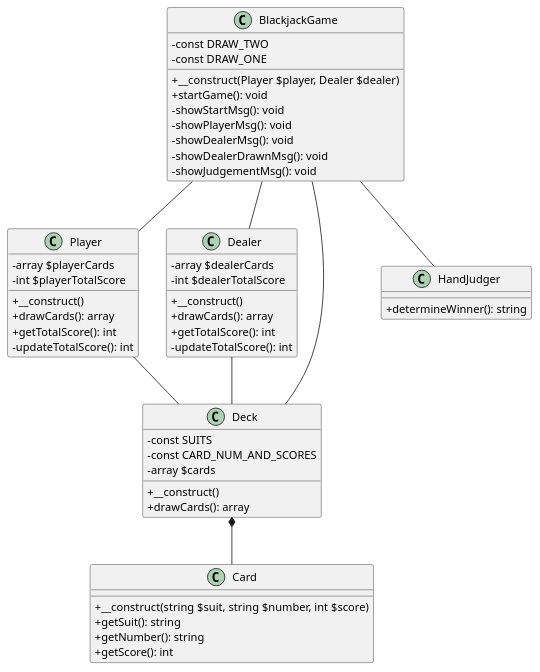
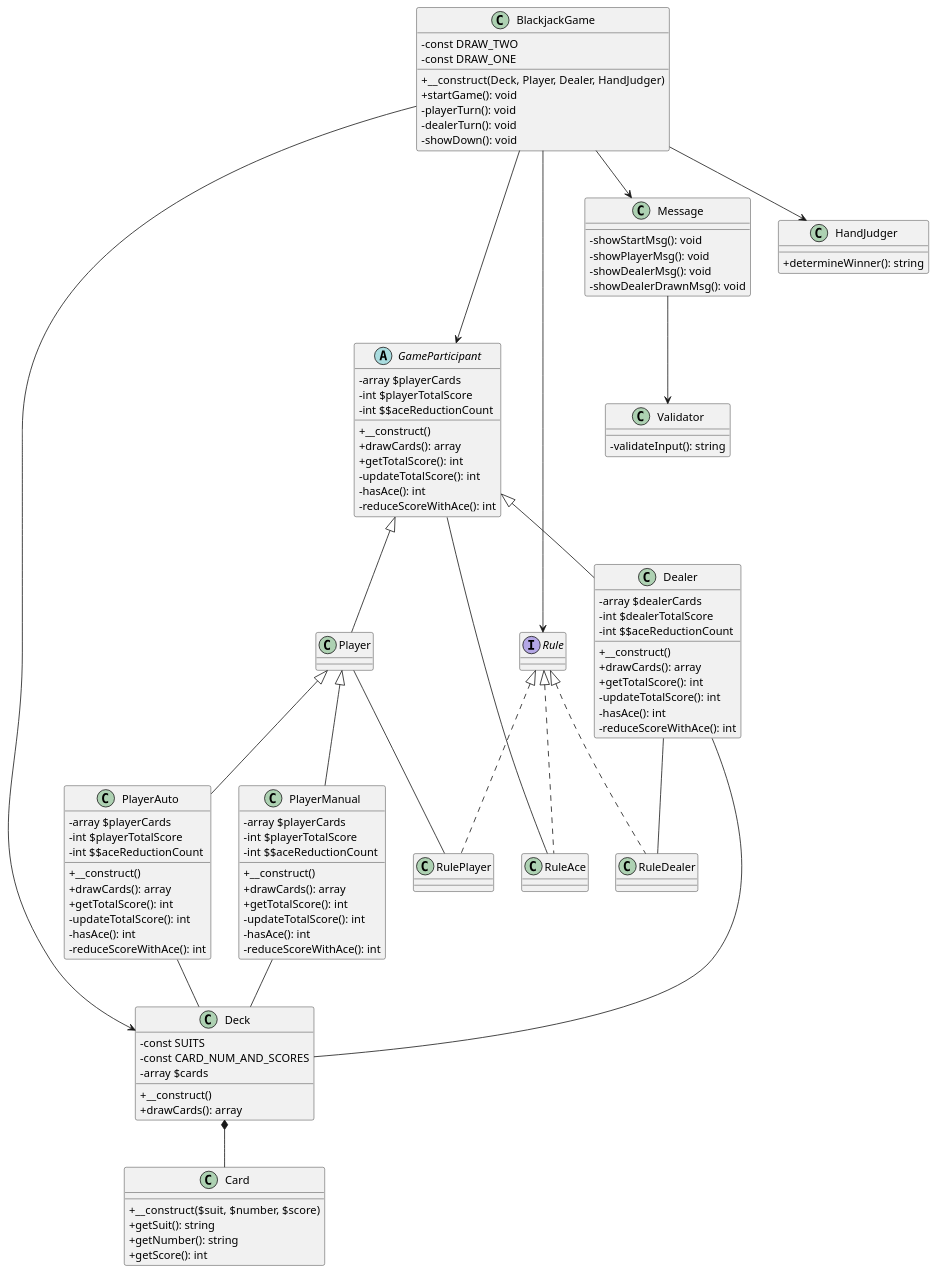
The diagram in uml/class.pu (mariko-mr/blackjack), drawn with PlantUML before and after one commit. The commit also changed 2 other files, not shown here.

```diff
--- a/uml/class.pu
+++ b/uml/class.pu
@@ -1,62 +1,131 @@
 @startuml blackjack
 
-BlackjackGame -- Player
-BlackjackGame -- Dealer
-BlackjackGame -- Deck
-BlackjackGame -- HandJudger
-Player -- Deck
+BlackjackGame --> GameParticipant
+BlackjackGame --> Deck
+BlackjackGame ----> Rule
+BlackjackGame --> Message
+BlackjackGame --> HandJudger
+
+Message --> Validator
+
+GameParticipant <|-- Player
+GameParticipant <|-- Dealer
+Player <|-- PlayerManual
+Player <|-- PlayerAuto
+
+
+PlayerManual -- Deck
+PlayerAuto -- Deck
 Dealer -- Deck
 Deck *-- Card
+
+GameParticipant -- RuleAce
+Player -- RulePlayer
+Dealer -- RuleDealer
+
+Rule <|.. RuleAce
+Rule <|.. RuleDealer
+Rule <|.. RulePlayer
 
 skinparam classAttributeIconSize 0
 
 class BlackjackGame {
     -const DRAW_TWO
     -const DRAW_ONE
-    +__construct(Player $player, Dealer $dealer)
+    +__construct(Deck, Player, Dealer, HandJudger)
     +startGame(): void
-    -showStartMsg(): void
-    -showPlayerMsg(): void
-    -showDealerMsg(): void
-    -showDealerDrawnMsg(): void
-    -showJudgementMsg(): void
+    -playerTurn(): void
+    -dealerTurn(): void
+    -showDown(): void
 }
 
-class Player {
+abstract GameParticipant {
     -array $playerCards
     -int $playerTotalScore
+    -int $$aceReductionCount
     +__construct()
     +drawCards(): array
     +getTotalScore(): int
     -updateTotalScore(): int
+    -hasAce(): int
+    -reduceScoreWithAce(): int
+}
+
+class Player {
+}
+
+class PlayerManual {
+    -array $playerCards
+    -int $playerTotalScore
+    -int $$aceReductionCount
+    +__construct()
+    +drawCards(): array
+    +getTotalScore(): int
+    -updateTotalScore(): int
+    -hasAce(): int
+    -reduceScoreWithAce(): int
+}
+
+class PlayerAuto {
+    -array $playerCards
+    -int $playerTotalScore
+    -int $$aceReductionCount
+    +__construct()
+    +drawCards(): array
+    +getTotalScore(): int
+    -updateTotalScore(): int
+    -hasAce(): int
+    -reduceScoreWithAce(): int
 }
 
 class Dealer {
     -array $dealerCards
     -int $dealerTotalScore
+    -int $$aceReductionCount
     +__construct()
     +drawCards(): array
     +getTotalScore(): int
     -updateTotalScore(): int
+    -hasAce(): int
+    -reduceScoreWithAce(): int
 }
 
 class Deck {
     -const SUITS
     -const CARD_NUM_AND_SCORES
     -array $cards
     +__construct()
     +drawCards(): array
 }
 
 class Card {
-    +__construct(string $suit, string $number, int $score)
+    +__construct($suit, $number, $score)
     +getSuit(): string
     +getNumber(): string
     +getScore(): int
+}
+
+interface Rule {
+}
+
+class RuleAce{
 }
 
 class HandJudger {
     +determineWinner(): string
 }
 
+class Message {
+    -showStartMsg(): void
+    -showPlayerMsg(): void
+    -showDealerMsg(): void
+    -showDealerDrawnMsg(): void
+
+}
+
+class Validator {
+    -validateInput(): string
+}
+
+
 @enduml
```
